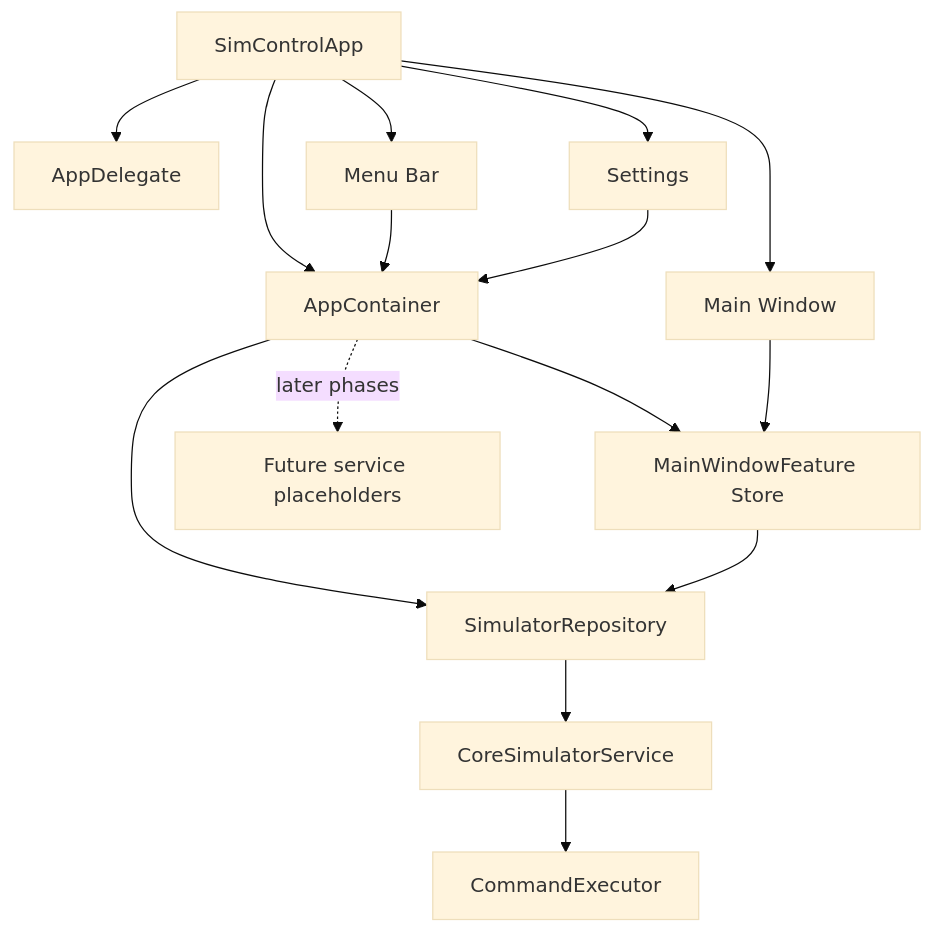
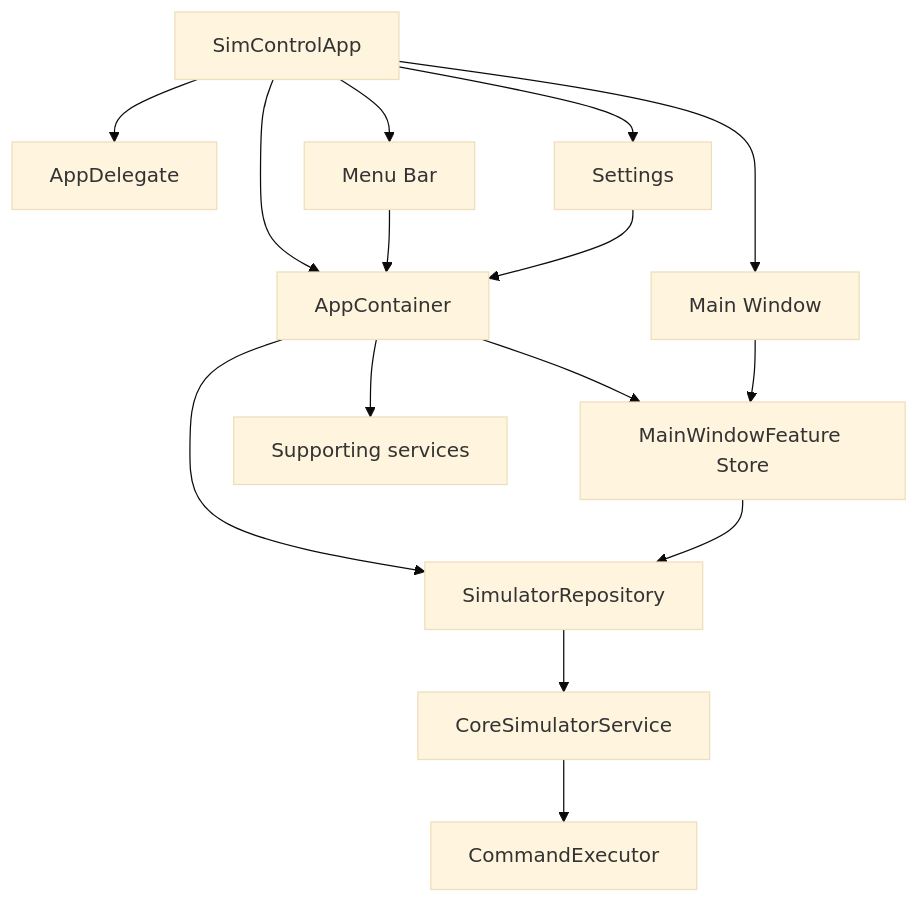
The diagram in Documents/ARCHITECTURE.md (Jaesung-Jung/XcodeSimulatorManager), drawn with Mermaid (base theme) before and after one commit. The commit also changed other lines of this file and 3 other files, not shown here.

````diff
--- a/Documents/ARCHITECTURE.md
+++ b/Documents/ARCHITECTURE.md
@@ -11,29 +11,29 @@
 ```mermaid
 flowchart TB
     App["SimControlApp"]
     Delegate["AppDelegate"]
     Container["AppContainer"]
     Store["MainWindowFeature Store"]
     Repository["SimulatorRepository"]
     Command["CommandExecutor"]
     Service["CoreSimulatorService"]
     Window["Main Window"]
     Menu["Menu Bar"]
     Settings["Settings"]
-    Future["Future service placeholders"]
+    Supporting["Supporting services"]
 
     App --> Delegate
     App --> Container
     App --> Window
     App --> Menu
     App --> Settings
     Container --> Store
     Container --> Repository
     Store --> Repository
     Repository --> Service
     Service --> Command
     Window --> Store
     Menu --> Container
     Settings --> Container
-    Container -. later phases .-> Future
+    Container --> Supporting
 ```
````
